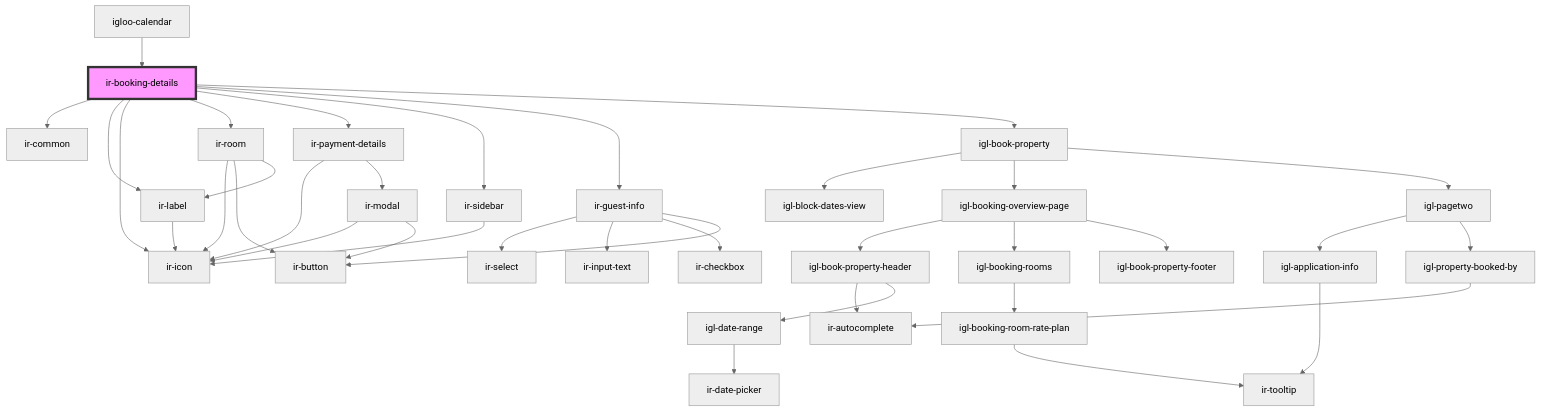
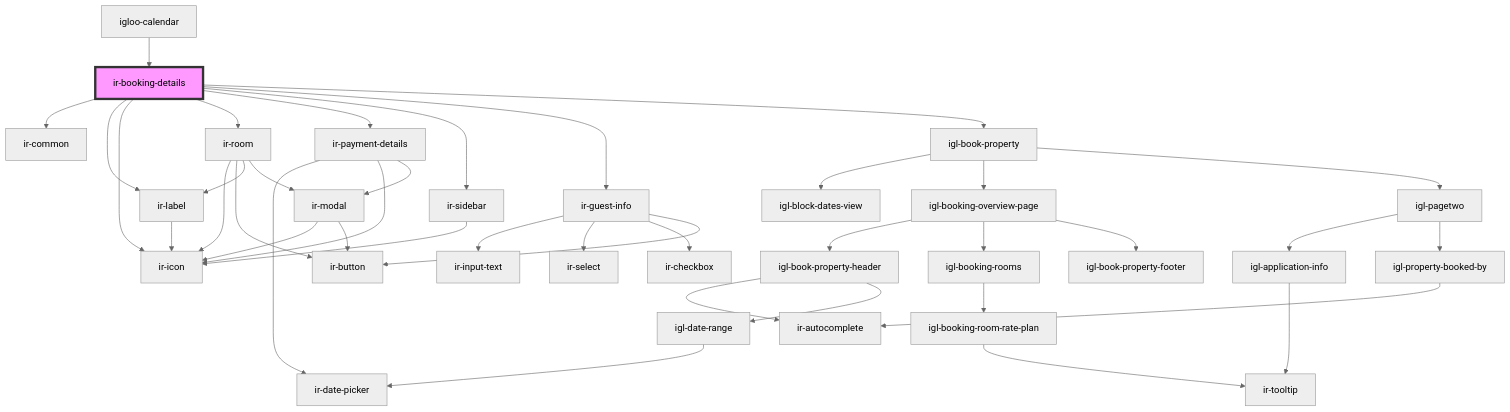
The diagram in src/components/ir-booking-details/readme.md (David1Chowaifaty/modified-ir-webcmp), drawn with Mermaid (neutral theme) before and after one commit. The commit also changed other lines of this file and 11 other files, not shown here.

````diff
--- a/src/components/ir-booking-details/readme.md
+++ b/src/components/ir-booking-details/readme.md
@@ -70,41 +70,43 @@
 ```mermaid
 graph TD;
   ir-booking-details --> ir-common
   ir-booking-details --> ir-label
   ir-booking-details --> ir-icon
   ir-booking-details --> ir-room
   ir-booking-details --> ir-payment-details
   ir-booking-details --> ir-sidebar
   ir-booking-details --> ir-guest-info
   ir-booking-details --> igl-book-property
   ir-label --> ir-icon
   ir-room --> ir-icon
   ir-room --> ir-button
   ir-room --> ir-label
+  ir-room --> ir-modal
+  ir-modal --> ir-icon
+  ir-modal --> ir-button
+  ir-payment-details --> ir-date-picker
   ir-payment-details --> ir-icon
   ir-payment-details --> ir-modal
-  ir-modal --> ir-icon
-  ir-modal --> ir-button
   ir-sidebar --> ir-icon
+  ir-guest-info --> ir-input-text
   ir-guest-info --> ir-select
-  ir-guest-info --> ir-input-text
   ir-guest-info --> ir-checkbox
   ir-guest-info --> ir-button
   igl-book-property --> igl-block-dates-view
   igl-book-property --> igl-booking-overview-page
   igl-book-property --> igl-pagetwo
   igl-booking-overview-page --> igl-book-property-header
   igl-booking-overview-page --> igl-booking-rooms
   igl-booking-overview-page --> igl-book-property-footer
   igl-book-property-header --> ir-autocomplete
   igl-book-property-header --> igl-date-range
   igl-date-range --> ir-date-picker
   igl-booking-rooms --> igl-booking-room-rate-plan
   igl-booking-room-rate-plan --> ir-tooltip
   igl-pagetwo --> igl-application-info
   igl-pagetwo --> igl-property-booked-by
   igl-application-info --> ir-tooltip
   igl-property-booked-by --> ir-autocomplete
   igloo-calendar --> ir-booking-details
   style ir-booking-details fill:#f9f,stroke:#333,stroke-width:4px
 ```
````
